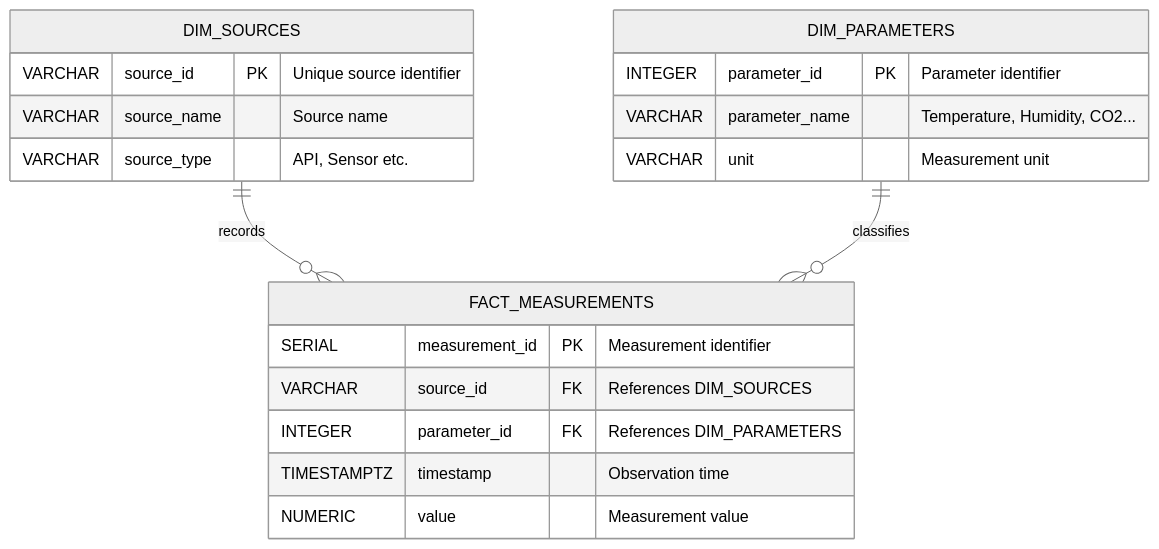
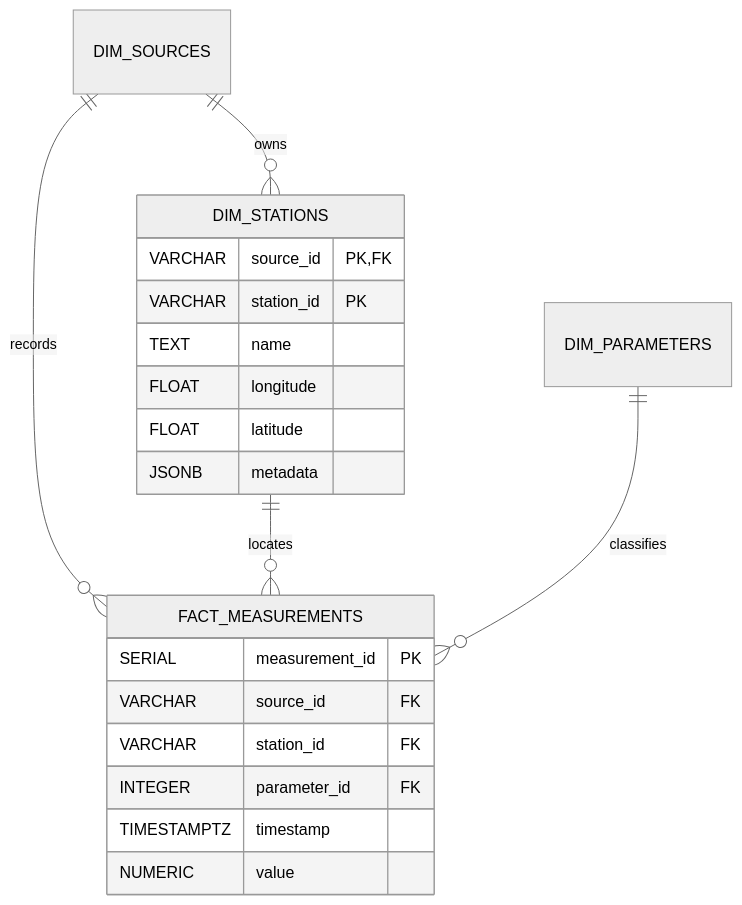
One commit to mielouise/environment_data_project changed the second of 2 diagrams in README.md. Above: the diagram before and after it, drawn with Mermaid (neutral theme). The commit also changed other lines of this file and 21 other files, not shown here.

````diff
--- a/README.md
+++ b/README.md
@@ -476,25 +138,23 @@
 ```mermaid
 erDiagram
+    DIM_SOURCES ||--o{ DIM_STATIONS : owns
     DIM_SOURCES ||--o{ FACT_MEASUREMENTS : records
+    DIM_STATIONS ||--o{ FACT_MEASUREMENTS : locates
     DIM_PARAMETERS ||--o{ FACT_MEASUREMENTS : classifies
-
-    DIM_SOURCES {
-        VARCHAR source_id PK "Unique source identifier"
-        VARCHAR source_name "Source name"
-        VARCHAR source_type "API, Sensor etc."
+    DIM_STATIONS {
+        VARCHAR source_id PK,FK
+        VARCHAR station_id PK
+        TEXT name
+        FLOAT longitude
+        FLOAT latitude
+        JSONB metadata
     }
-
-    DIM_PARAMETERS {
-        INTEGER parameter_id PK "Parameter identifier"
-        VARCHAR parameter_name "Temperature, Humidity, CO2..."
-        VARCHAR unit "Measurement unit"
-    }
-
     FACT_MEASUREMENTS {
-        SERIAL measurement_id PK "Measurement identifier"
-        VARCHAR source_id FK "References DIM_SOURCES"
-        INTEGER parameter_id FK "References DIM_PARAMETERS"
-        TIMESTAMPTZ timestamp "Observation time"
-        NUMERIC value "Measurement value"
+        SERIAL measurement_id PK
+        VARCHAR source_id FK
+        VARCHAR station_id FK
+        INTEGER parameter_id FK
+        TIMESTAMPTZ timestamp
+        NUMERIC value
     }
 ```
````
